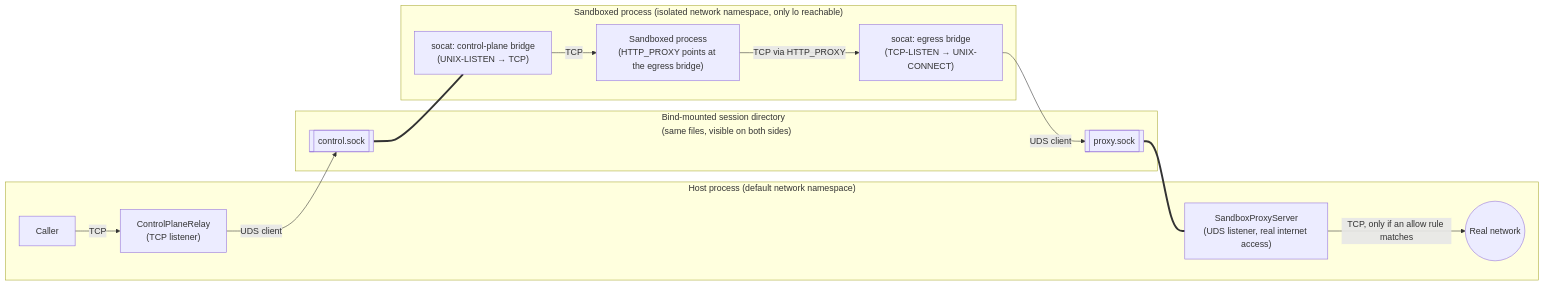
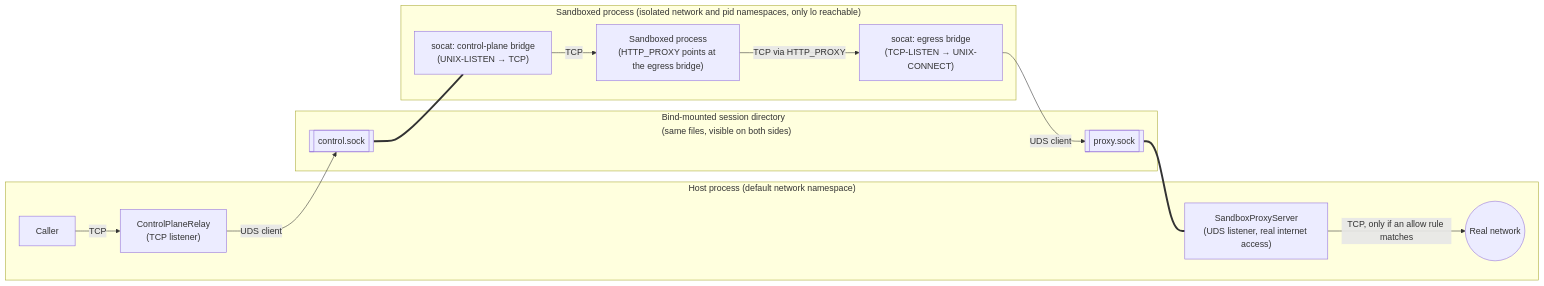
One commit to m-romanowski/warden changed the second of 2 diagrams in README.md. Above: the diagram before and after it, drawn with Mermaid. The commit also changed other lines of this file and 8 other files, not shown here.

````diff
--- a/README.md
+++ b/README.md
@@ -169,30 +171,30 @@
 ```mermaid
 flowchart LR
     subgraph host["Host process (default network namespace)"]
         caller["Caller"]
         relay["ControlPlaneRelay<br/>(TCP listener)"]
         proxy["SandboxProxyServer<br/>(UDS listener, real internet access)"]
         internet(("Real network"))
     end
 
     subgraph bridge["Bind-mounted session directory<br/>(same files, visible on both sides)"]
         proxysock[["proxy.sock"]]
         controlsock[["control.sock"]]
     end
 
-    subgraph sandbox["Sandboxed process (isolated network namespace, only lo reachable)"]
+    subgraph sandbox["Sandboxed process (isolated network and pid namespaces, only lo reachable)"]
         egress["socat: egress bridge<br/>(TCP-LISTEN &rarr; UNIX-CONNECT)"]
         cpbridge["socat: control-plane bridge<br/>(UNIX-LISTEN &rarr; TCP)"]
         target["Sandboxed process<br/>(HTTP_PROXY points at the egress bridge)"]
     end
 
     caller -- "TCP" --> relay
     relay -- "UDS client" --> controlsock
     controlsock === cpbridge
     cpbridge -- "TCP" --> target
 
     target -- "TCP via HTTP_PROXY" --> egress
     egress -- "UDS client" --> proxysock
     proxysock === proxy
     proxy -- "TCP, only if an allow rule matches" --> internet
 ```
````
